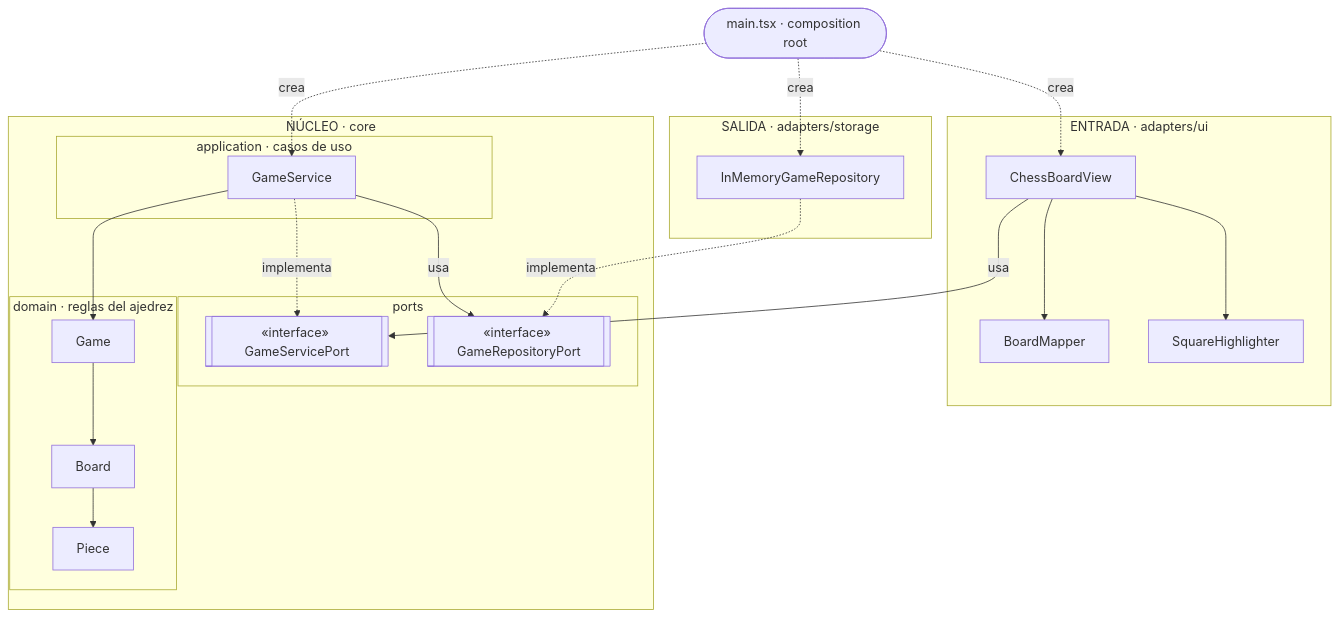
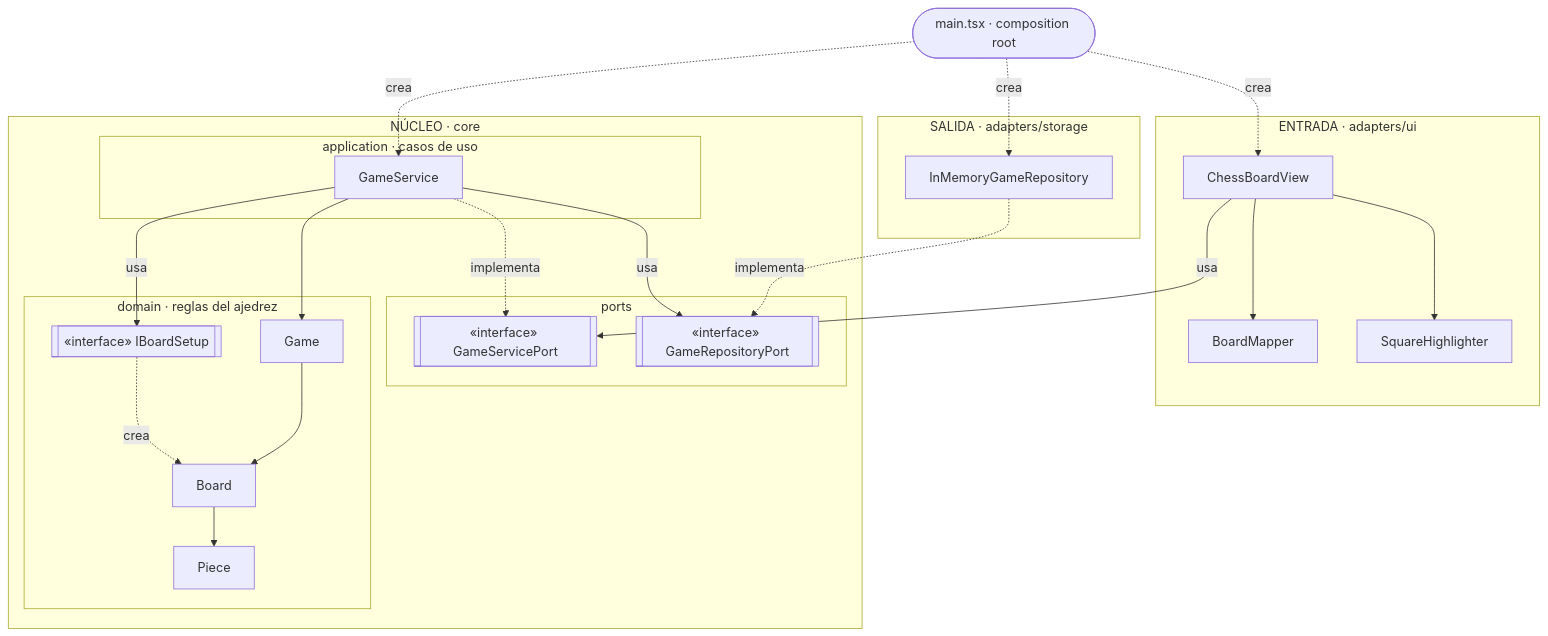
The first of 3 diagrams in docs/diagrama-clases.md (G-Mazzeo/ajedrez_tp_inge_software), drawn with Mermaid before and after one commit. The commit also changed other lines of this file and 28 other files, not shown here.

````diff
--- a/docs/diagrama-clases.md
+++ b/docs/diagrama-clases.md
@@ -7,40 +7,42 @@
 ```mermaid
 flowchart TB
   Main(["main.tsx · composition root"])
 
   subgraph UI["ENTRADA · adapters/ui"]
     View["ChessBoardView"]
     Mapper["BoardMapper"]
     Highlighter["SquareHighlighter"]
   end
 
   subgraph STORAGE["SALIDA · adapters/storage"]
     Repo["InMemoryGameRepository"]
   end
 
   subgraph CORE["NÚCLEO · core"]
     subgraph PORTS["ports"]
       InPort[["«interface» GameServicePort"]]
       OutPort[["«interface» GameRepositoryPort"]]
     end
     subgraph APP["application · casos de uso"]
       Service["GameService"]
     end
     subgraph DOMAIN["domain · reglas del ajedrez"]
       Game["Game"] --> Board["Board"] --> Piece["Piece"]
+      Setup[["«interface» IBoardSetup"]] -.->|crea| Board
     end
   end
 
   Main -.->|crea| View
   Main -.->|crea| Repo
   Main -.->|crea| Service
 
   View -->|usa| InPort
   View --> Mapper
   View --> Highlighter
   Repo -.->|implementa| OutPort
 
   Service -.->|implementa| InPort
   Service -->|usa| OutPort
   Service --> Game
+  Service -->|usa| Setup
 ```
````
